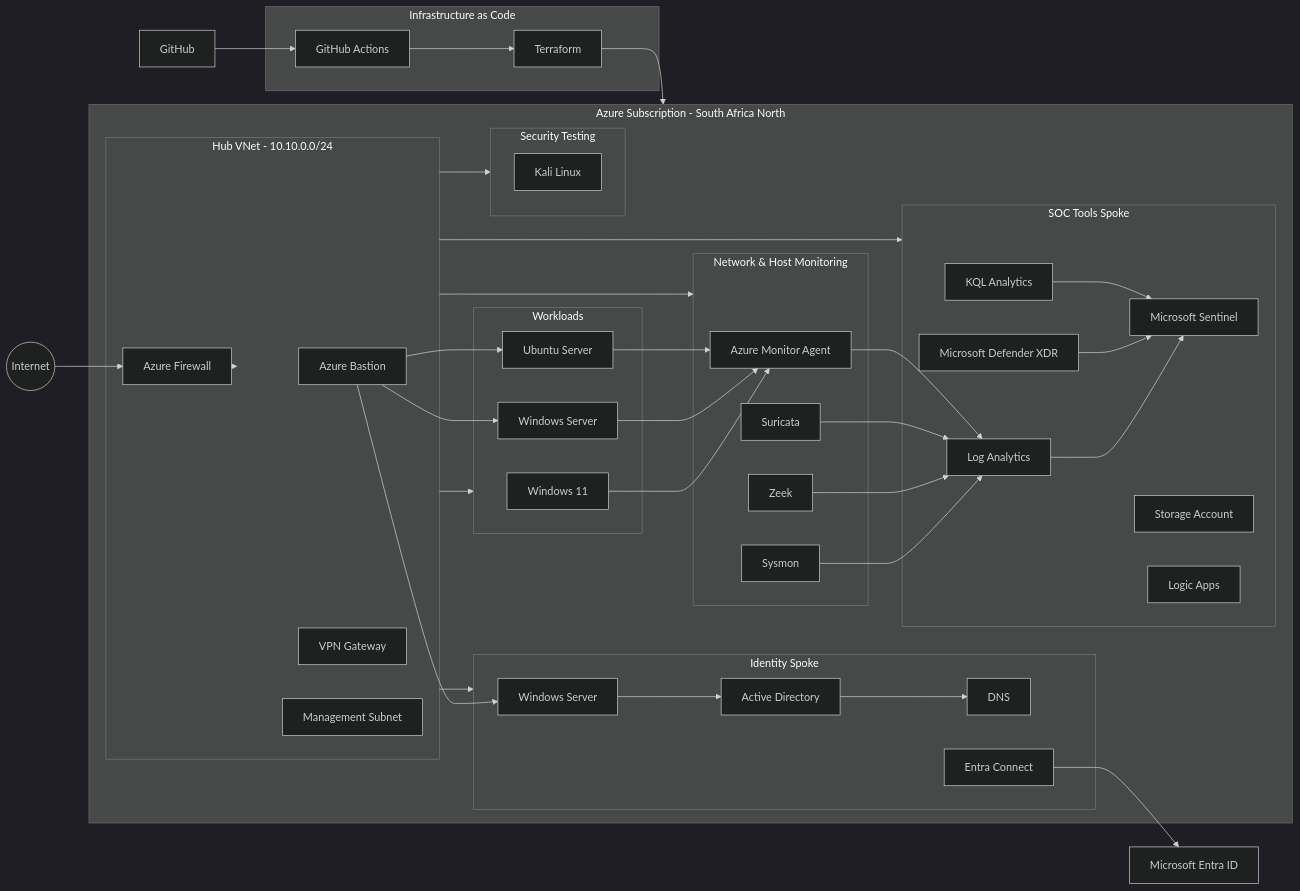
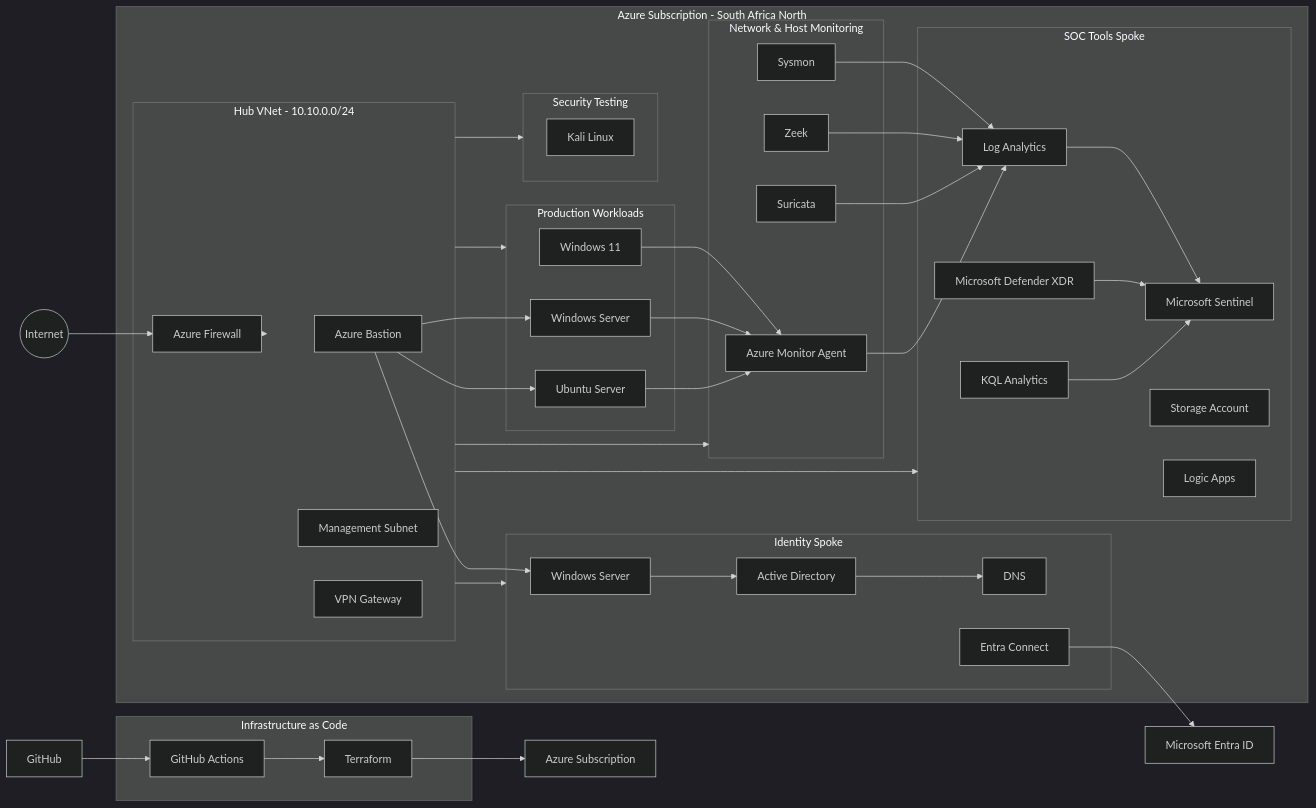
One commit to Justjeff211/sentinel-hub-lab changed the diagram in README.md. Above: the diagram before and after it, drawn with Mermaid. The commit also changed other lines of this file, not shown here.

```diff
--- a/README.md
+++ b/README.md
@@ -103,73 +82,59 @@
     Internet((Internet))
     GitHub[GitHub]
     Entra[Microsoft Entra ID]
+    Azure[Azure Subscription]
 
-    subgraph Azure["Azure Subscription - South Africa North"]
+    subgraph AzureEnv["Azure Subscription - South Africa North"]
 
         subgraph Hub["Hub VNet - 10.10.0.0/24"]
-
             Bastion[Azure Bastion]
             Firewall[Azure Firewall]
-            Gateway[VPN Gateway]
             Mgmt[Management Subnet]
-
+            VPN[VPN Gateway]
         end
 
         subgraph Identity["Identity Spoke"]
-
             DC1[Windows Server]
             AD[Active Directory]
             DNS[DNS]
             AADConnect[Entra Connect]
-
         end
 
         subgraph SOC["SOC Tools Spoke"]
-
             Sentinel[Microsoft Sentinel]
             LAW[Log Analytics]
             Defender[Microsoft Defender XDR]
             Storage[Storage Account]
             Automation[Logic Apps]
             KQL[KQL Analytics]
-
         end
 
-        subgraph Workloads["Workloads"]
-
+        subgraph Workloads["Production Workloads"]
             Win11[Windows 11]
             WinServer[Windows Server]
             Ubuntu[Ubuntu Server]
-
         end
 
         subgraph Testing["Security Testing"]
-
             Kali[Kali Linux]
-
         end
 
         subgraph Monitoring["Network & Host Monitoring"]
-
             AMA[Azure Monitor Agent]
             Sysmon[Sysmon]
             Zeek[Zeek]
             Suricata[Suricata]
-
         end
 
     end
 
     subgraph DevOps["Infrastructure as Code"]
-
         Terraform[Terraform]
         Actions[GitHub Actions]
-
     end
 
     Internet --> Firewall
     Firewall --> Hub
-
     Hub --> Identity
     Hub --> SOC
     Hub --> Workloads
```
